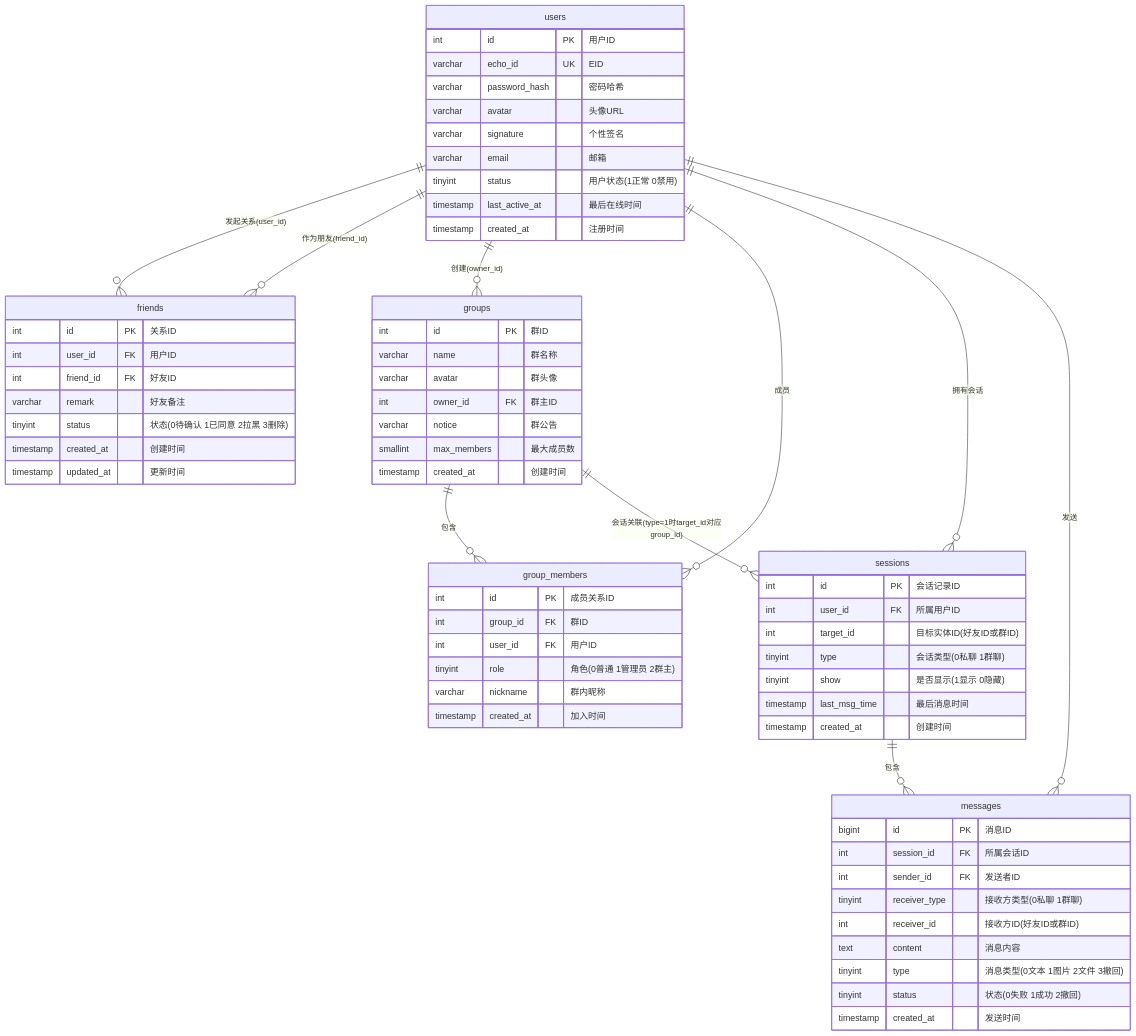
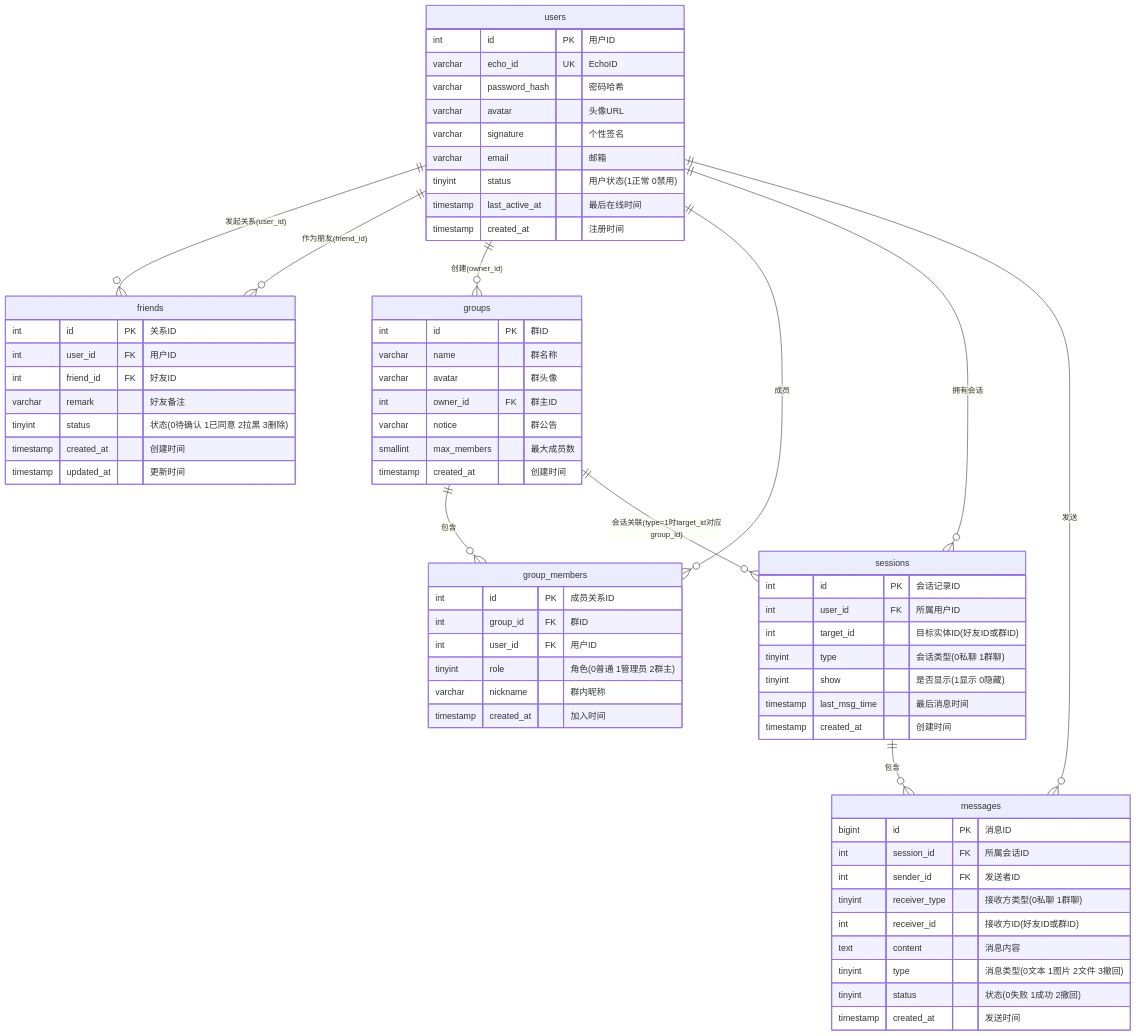
One commit to LinggbSir/ai-vue-im changed the diagram in README.md. Above: the diagram before and after it, drawn with Mermaid. The commit also changed 10 other files, not shown here.

Commit message:
调整网站图标

````diff
--- a/README.md
+++ b/README.md
@@ -7,75 +7,75 @@
 ```mermaid
 erDiagram
     users {
         int id PK "用户ID"
-        varchar echo_id UK "EID"
+        varchar echo_id UK "EchoID"
         varchar password_hash "密码哈希"
         varchar avatar "头像URL"
         varchar signature "个性签名"
         varchar email "邮箱"
         tinyint status "用户状态(1正常 0禁用)"
         timestamp last_active_at "最后在线时间"
         timestamp created_at "注册时间"
     }
 
     friends {
         int id PK "关系ID"
         int user_id FK "用户ID"
         int friend_id FK "好友ID"
         varchar remark "好友备注"
         tinyint status "状态(0待确认 1已同意 2拉黑 3删除)"
         timestamp created_at "创建时间"
         timestamp updated_at "更新时间"
     }
 
     groups {
         int id PK "群ID"
         varchar name "群名称"
         varchar avatar "群头像"
         int owner_id FK "群主ID"
         varchar notice "群公告"
         smallint max_members "最大成员数"
         timestamp created_at "创建时间"
     }
 
     group_members {
         int id PK "成员关系ID"
         int group_id FK "群ID"
         int user_id FK "用户ID"
         tinyint role "角色(0普通 1管理员 2群主)"
         varchar nickname "群内昵称"
         timestamp created_at "加入时间"
     }
 
     sessions {
         int id PK "会话记录ID"
         int user_id FK "所属用户ID"
         int target_id "目标实体ID(好友ID或群ID)"
         tinyint type "会话类型(0私聊 1群聊)"
         tinyint show "是否显示(1显示 0隐藏)"
         timestamp last_msg_time "最后消息时间"
         timestamp created_at "创建时间"
     }
 
     messages {
         bigint id PK "消息ID"
         int session_id FK "所属会话ID"
         int sender_id FK "发送者ID"
         tinyint receiver_type "接收方类型(0私聊 1群聊)"
         int receiver_id "接收方ID(好友ID或群ID)"
         text content "消息内容"
         tinyint type "消息类型(0文本 1图片 2文件 3撤回)"
         tinyint status "状态(0失败 1成功 2撤回)"
         timestamp created_at "发送时间"
     }
 
     users ||--o{ friends : "发起关系(user_id)"
     users ||--o{ friends : "作为朋友(friend_id)"
     users ||--o{ groups : "创建(owner_id)"
     users ||--o{ group_members : "成员"
     users ||--o{ sessions : "拥有会话"
     users ||--o{ messages : "发送"
     groups ||--o{ group_members : "包含"
     groups ||--o{ sessions : "会话关联(type=1时target_id对应group_id)"
     sessions ||--o{ messages : "包含"
 ```
````
